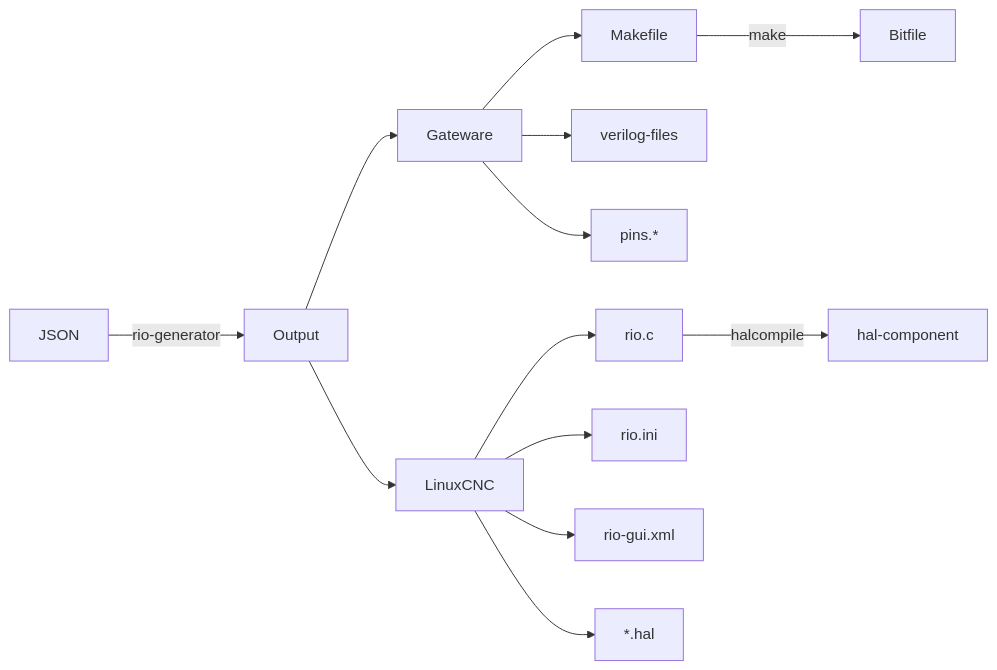
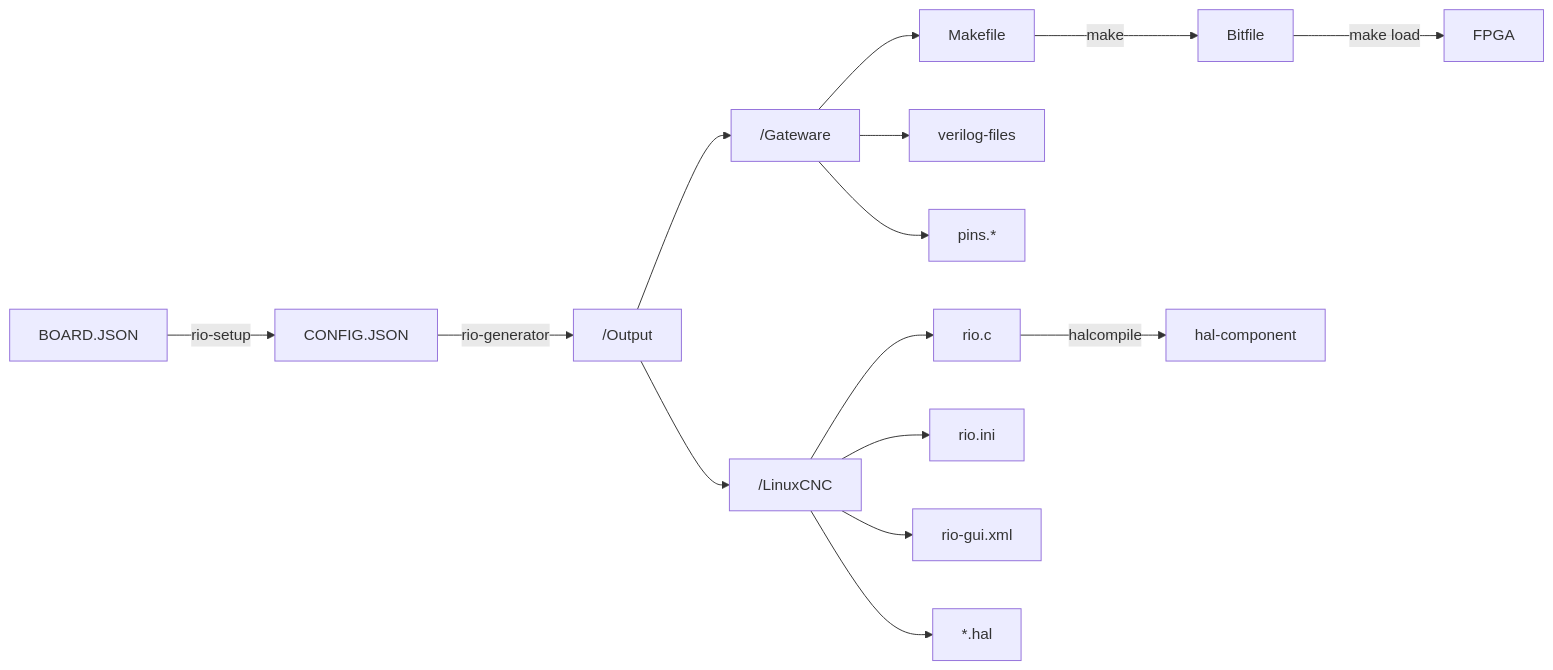
The diagram in README.md (multigcs/riocore), drawn with Mermaid before and after one commit.

````diff
--- a/README.md
+++ b/README.md
@@ -162,15 +162,17 @@
 ```mermaid
 graph LR;
-    JSON--rio-generator-->Output;
-    Output-->Gateware;
-    Gateware-->Makefile;
-    Gateware-->verilog-files;
-    Gateware-->pins.*;
+    BOARD.JSON--rio-setup-->CONFIG.JSON;
+    CONFIG.JSON--rio-generator-->/Output;
+    /Output-->/Gateware;
+    /Gateware-->Makefile;
+    /Gateware-->verilog-files;
+    /Gateware-->pins.*;
     Makefile--make-->Bitfile;
-    Output-->LinuxCNC;
-    LinuxCNC-->rio.c;
-    LinuxCNC-->rio.ini
-    LinuxCNC-->rio-gui.xml
-    LinuxCNC-->*.hal;
+    Bitfile--make load-->FPGA;
+    /Output-->/LinuxCNC;
+    /LinuxCNC-->rio.c;
+    /LinuxCNC-->rio.ini
+    /LinuxCNC-->rio-gui.xml
+    /LinuxCNC-->*.hal;
     rio.c--halcompile-->hal-component;
 ```
````
